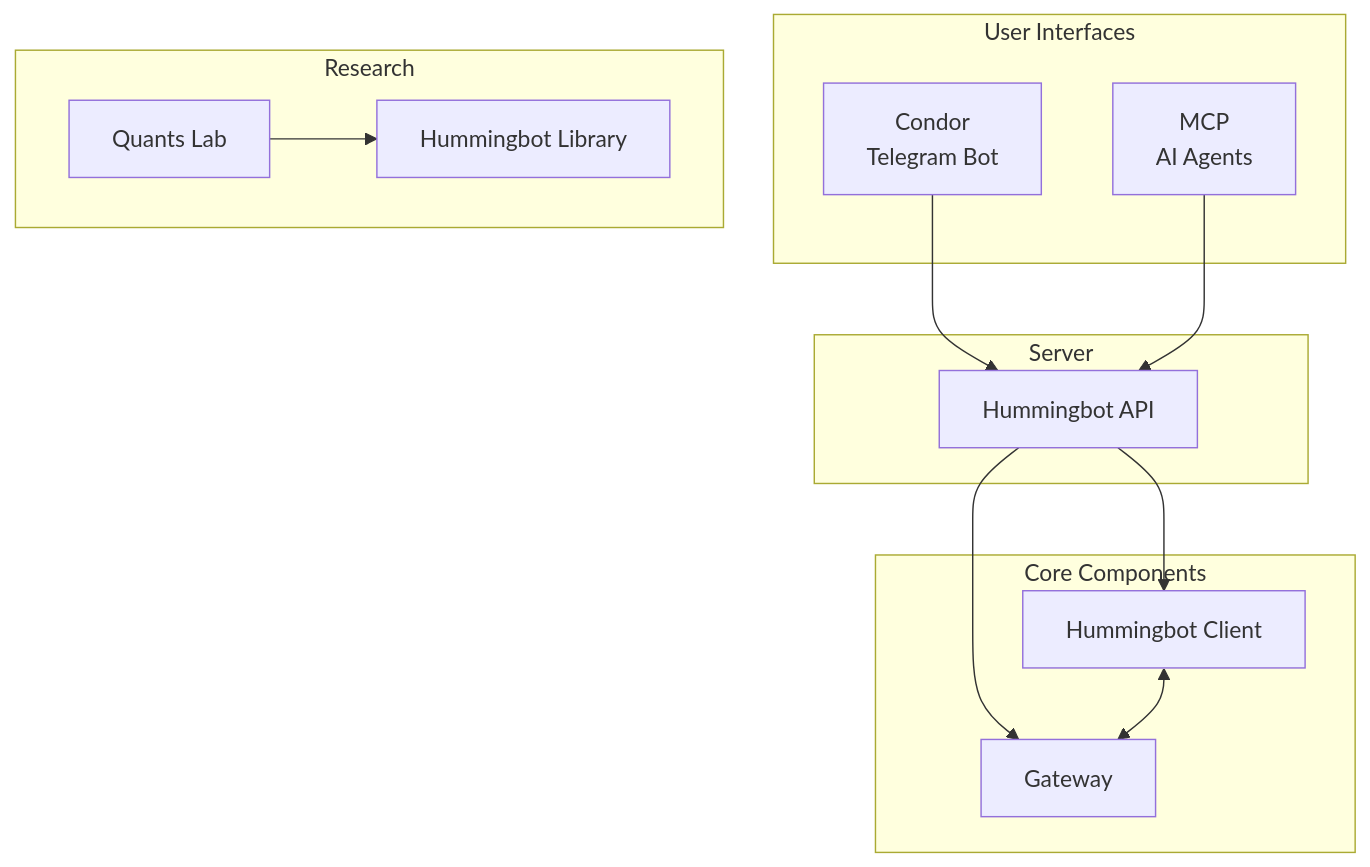
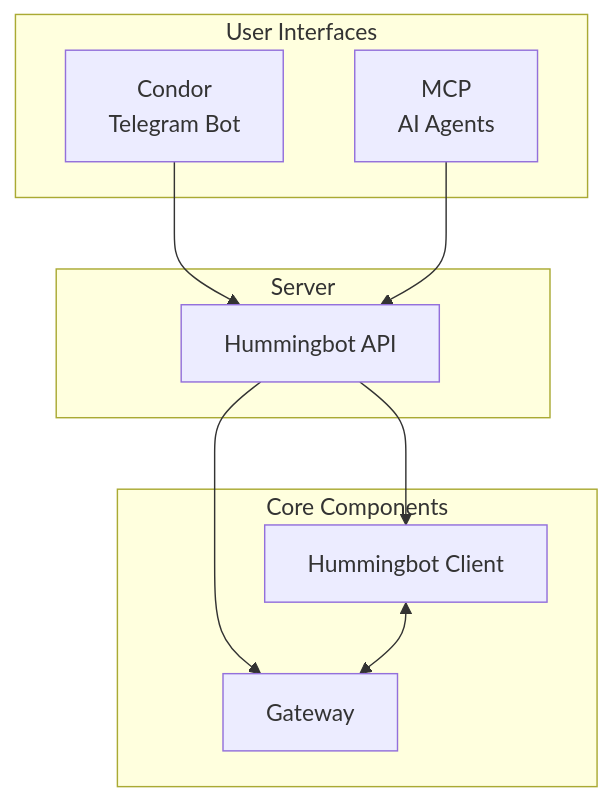
The diagram in docs/index.md (hummingbot/hummingbot-site), drawn with Mermaid before and after one commit. The commit also changed 9 other files, not shown here.

````diff
--- a/docs/index.md
+++ b/docs/index.md
@@ -84,28 +84,22 @@
 ```mermaid
 graph TB
     subgraph "User Interfaces"
         CONDOR[Condor<br/>Telegram Bot]
         MCP[MCP<br/>AI Agents]
     end
 
     subgraph "Server"
         API[Hummingbot API]
     end
 
     subgraph "Core Components"
         CLIENT[Hummingbot Client]
         GATEWAY[Gateway]
     end
 
-    subgraph "Research"
-        QUANTS[Quants Lab]
-        HBLIB[Hummingbot Library]
-    end
-
     CONDOR --> API
     MCP --> API
     API --> CLIENT
     API --> GATEWAY
     CLIENT <--> GATEWAY
-    QUANTS --> HBLIB
 ```
````
